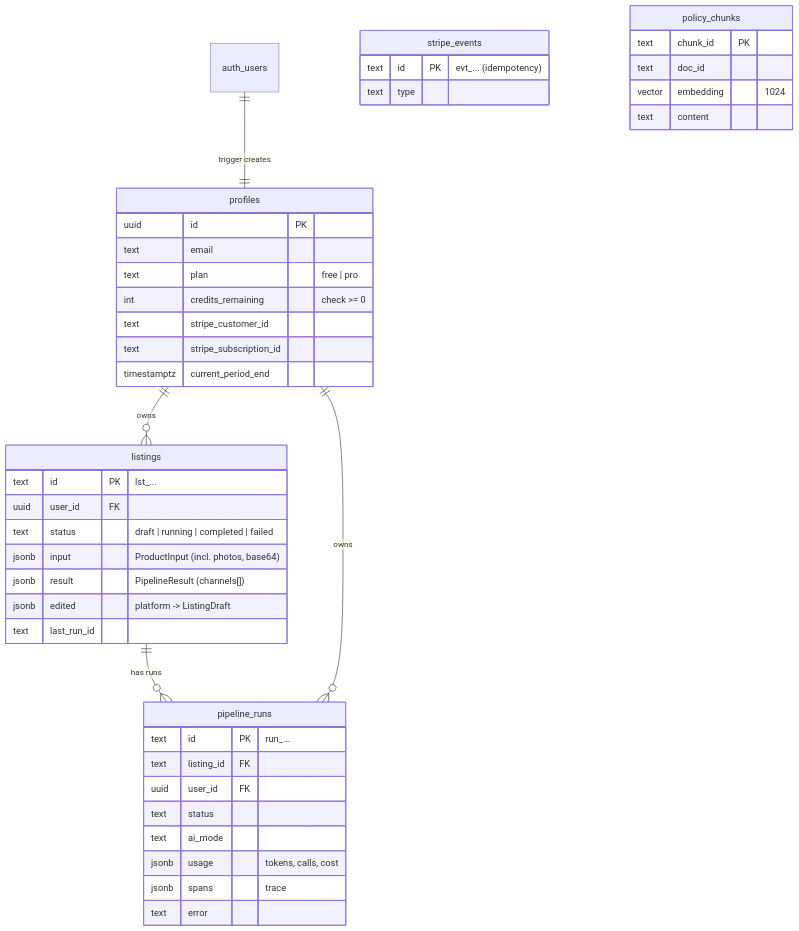
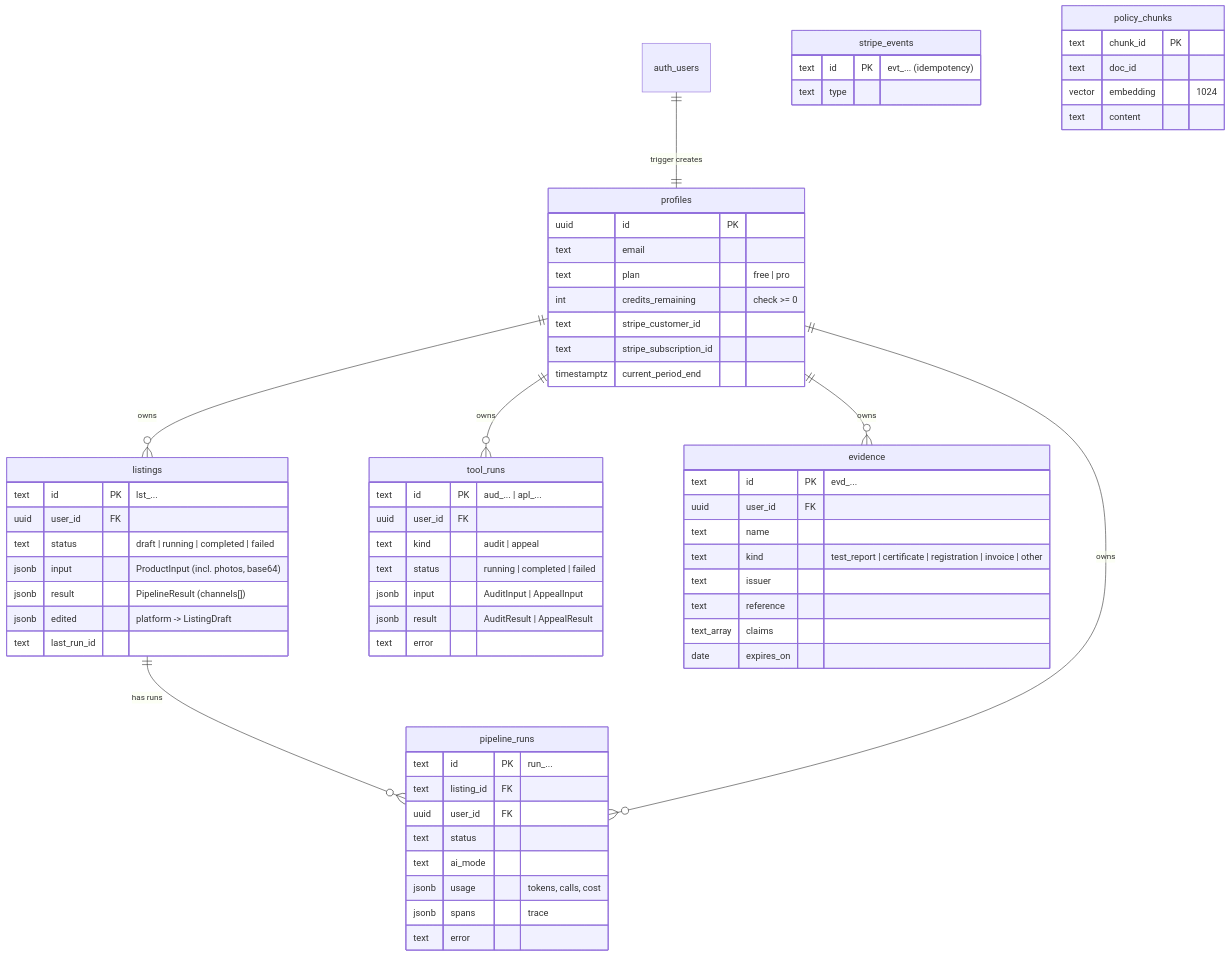
Before and after one commit to heruis/ecommerce-agent: the third of 3 diagrams in docs/ARCHITECTURE.md, drawn with Mermaid. The commit also changed other lines of this file and 14 other files, not shown here.

````diff
--- a/docs/ARCHITECTURE.md
+++ b/docs/ARCHITECTURE.md
@@ -154,45 +181,66 @@
 ```mermaid
 erDiagram
   auth_users ||--|| profiles : "trigger creates"
   profiles ||--o{ listings : owns
   listings ||--o{ pipeline_runs : "has runs"
   profiles ||--o{ pipeline_runs : owns
+  profiles ||--o{ tool_runs : owns
+  profiles ||--o{ evidence : owns
   profiles {
     uuid id PK
     text email
     text plan "free | pro"
     int credits_remaining "check >= 0"
     text stripe_customer_id
     text stripe_subscription_id
     timestamptz current_period_end
   }
   listings {
     text id PK "lst_..."
     uuid user_id FK
     text status "draft | running | completed | failed"
     jsonb input "ProductInput (incl. photos, base64)"
     jsonb result "PipelineResult (channels[])"
     jsonb edited "platform -> ListingDraft"
     text last_run_id
   }
   pipeline_runs {
     text id PK "run_..."
     text listing_id FK
     uuid user_id FK
     text status
     text ai_mode
     jsonb usage "tokens, calls, cost"
     jsonb spans "trace"
     text error
   }
+  tool_runs {
+    text id PK "aud_... | apl_..."
+    uuid user_id FK
+    text kind "audit | appeal"
+    text status "running | completed | failed"
+    jsonb input "AuditInput | AppealInput"
+    jsonb result "AuditResult | AppealResult"
+    text error
+  }
+  evidence {
+    text id PK "evd_..."
+    uuid user_id FK
+    text name
+    text kind "test_report | certificate | registration | invoice | other"
+    text issuer
+    text reference
+    text_array claims
+    date expires_on
+  }
   stripe_events {
     text id PK "evt_... (idempotency)"
     text type
   }
   policy_chunks {
     text chunk_id PK
     text doc_id
     vector embedding "1024"
     text content
   }
 ```
````
